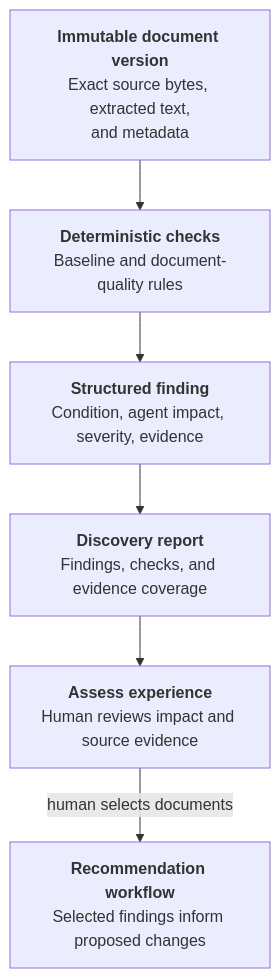
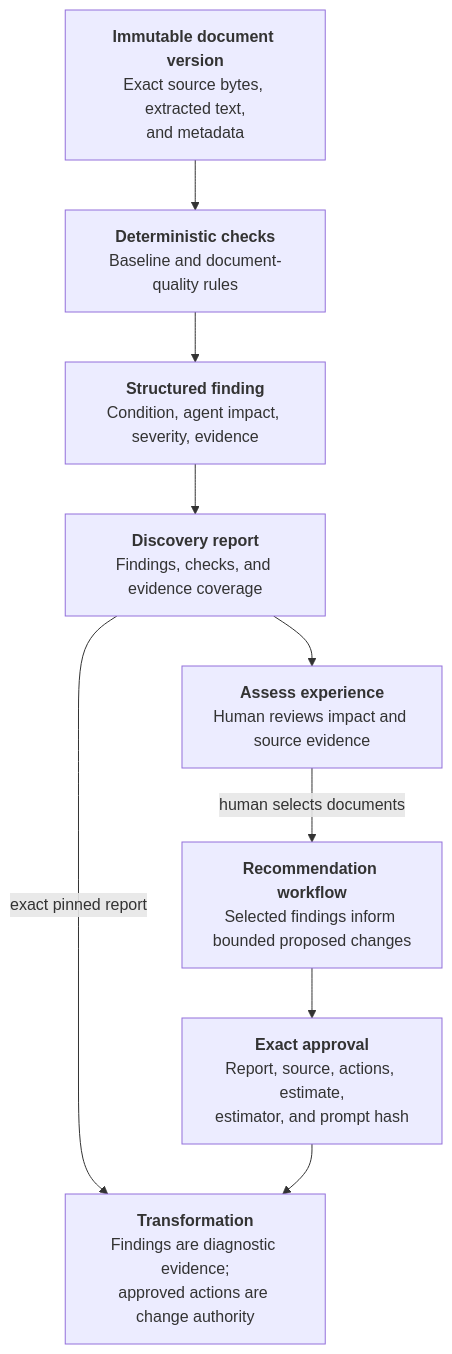
The sixth of 7 diagrams in docs/architecture.md (stjeffer/shaper), drawn with Mermaid before and after one commit. The commit also changed other lines of this file and 36 other files, not shown here.

First line of the commit message:
fix(shaping): align assessment evidence with preservation

````diff
--- a/docs/architecture.md
+++ b/docs/architecture.md
@@ -549,22 +558,31 @@
 ```mermaid
 flowchart TB
     source["`**Immutable document version**
     Exact source bytes, extracted text,
     and metadata`"]
     checks["`**Deterministic checks**
     Baseline and document-quality rules`"]
     finding["`**Structured finding**
     Condition, agent impact, severity, evidence`"]
     report["`**Discovery report**
     Findings, checks, and evidence coverage`"]
     review["`**Assess experience**
     Human reviews impact and source evidence`"]
     proposal["`**Recommendation workflow**
-    Selected findings inform proposed changes`"]
+    Selected findings inform bounded proposed changes`"]
+    approval["`**Exact approval**
+    Report, source, actions, estimate,
+    estimator, and prompt hash`"]
+    shaping["`**Transformation**
+    Findings are diagnostic evidence;
+    approved actions are change authority`"]
 
     source --> checks
     checks --> finding
     finding --> report
     report --> review
     review -->|"`human selects documents`"| proposal
+    proposal --> approval
+    report -->|"`exact pinned report`"| shaping
+    approval --> shaping
 ```
````
